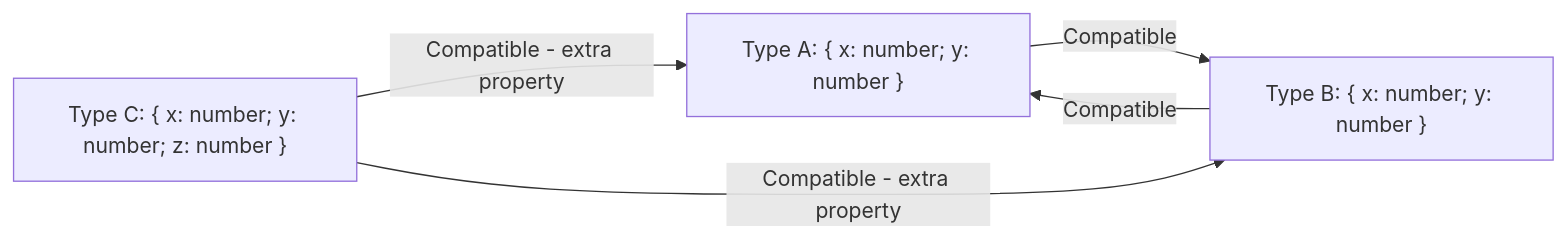
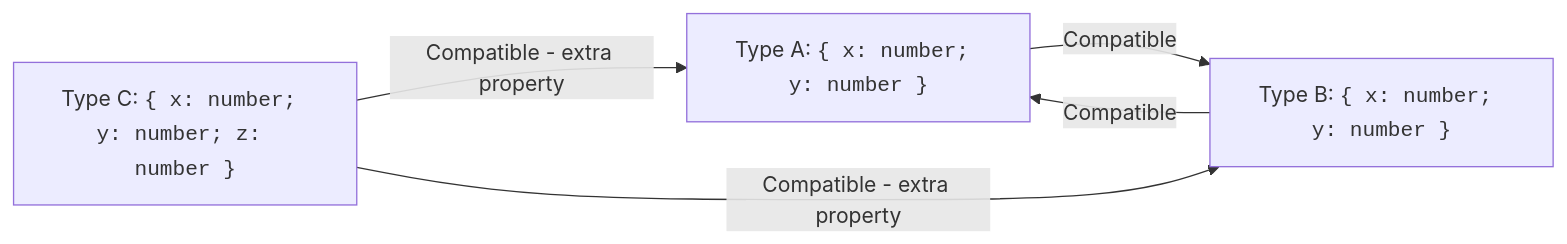
Before and after one commit to dataslope/dataslope: the first of 2 diagrams in content/learn/typescript-from-scratch/structural-typing.mdx, drawn with Mermaid. The commit also changed 100 other files, not shown here.

First line of the commit message:
Wrap more code in diagram labels: filenames, hex, assignments, subgraph titles

````diff
--- a/content/learn/typescript-from-scratch/structural-typing.mdx
+++ b/content/learn/typescript-from-scratch/structural-typing.mdx
@@ -58,10 +58,10 @@
 ```mermaid
 graph LR
-    A["Type A: { x: number; y: number }"]
-    B["Type B: { x: number; y: number }"]
-    C["Type C: { x: number; y: number; z: number }"]
+    A["Type A: <code>{ x: number; y: number }</code>"]
+    B["Type B: <code>{ x: number; y: number }</code>"]
+    C["Type C: <code>{ x: number; y: number; z: number }</code>"]
     A -->|Compatible| B
     B -->|Compatible| A
     C -->|Compatible - extra property| A
     C -->|Compatible - extra property| B
 ```
````
